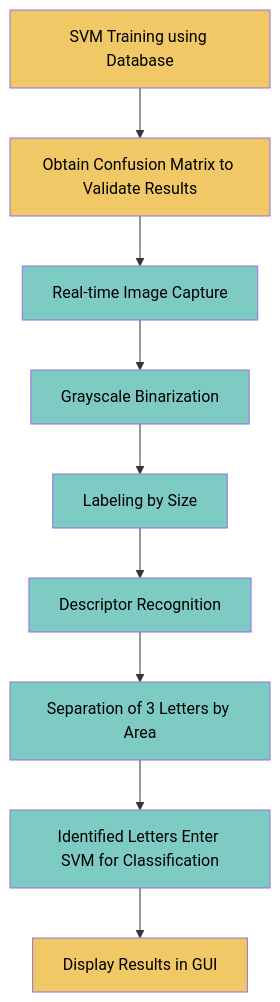
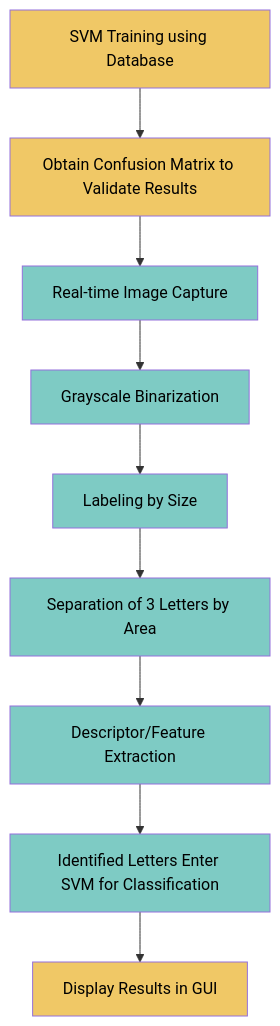
Before and after one commit to jgodiel96/TF_PDS2_Godiel_Project: the diagram in README.md, drawn with Mermaid. The commit also changed other lines of this file, not shown here.

Commit message:
Fix flowchart order and validation description
- Correct flowchart: Separation now comes before Feature Extraction (matches actual code)
- Split validation into Cross-validation (K-Fold) and Data split (70/30)
- Renamed 'Descriptor Recognition' to 'Descriptor/Feature Extraction' for clarity

````diff
--- a/README.md
+++ b/README.md
@@ -11,22 +11,22 @@
 ```mermaid
 flowchart TB
     A[SVM Training using Database] --> B[Obtain Confusion Matrix to Validate Results]
     B --> C
 
     C[Real-time Image Capture] --> D[Grayscale Binarization]
     D --> E[Labeling by Size]
-    E --> F[Descriptor Recognition]
-    F --> G[Separation of 3 Letters by Area]
+    E --> F[Separation of 3 Letters by Area]
+    F --> G[Descriptor/Feature Extraction]
     G --> H[Identified Letters Enter SVM for Classification]
     H --> I[Display Results in GUI]
 
     style A fill:#f0c866,color:#000
     style B fill:#f0c866,color:#000
     style C fill:#7ecbc4,color:#000
     style D fill:#7ecbc4,color:#000
     style E fill:#7ecbc4,color:#000
     style F fill:#7ecbc4,color:#000
     style G fill:#7ecbc4,color:#000
     style H fill:#7ecbc4,color:#000
     style I fill:#f0c866,color:#000
 ```
````
